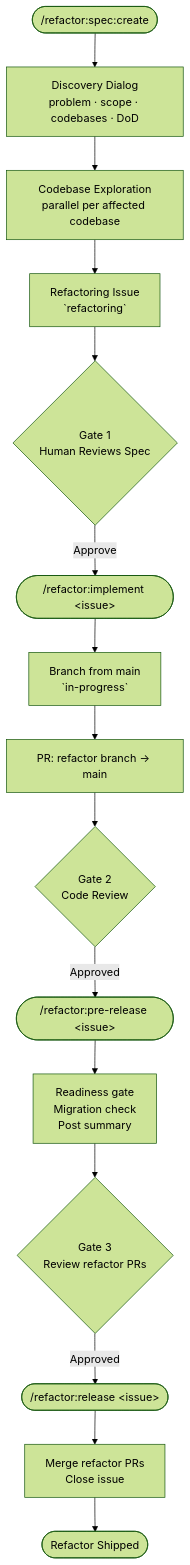
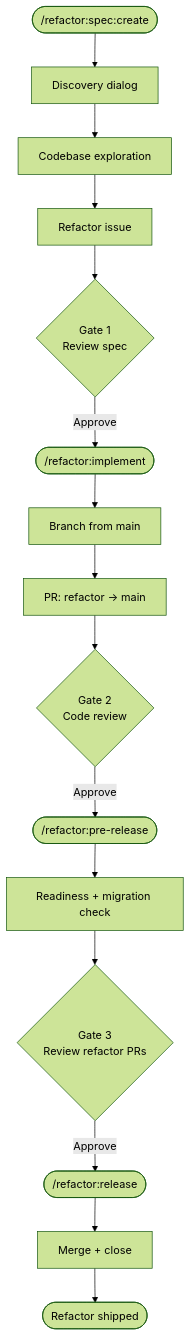
One commit to simpscal/sapiens-dtj changed the sixth of 6 diagrams in README.md. Above: the diagram before and after it, drawn with Mermaid (forest theme). The commit also changed other lines of this file and 46 other files, not shown here.

````diff
--- a/README.md
+++ b/README.md
@@ -315,17 +243,17 @@
 ```mermaid
 flowchart TD
-    A(["/refactor:spec:create"]) --> B["Discovery Dialog\nproblem · scope · codebases · DoD"]
-    B --> C["Codebase Exploration\nparallel per affected codebase"]
-    C --> D["Refactoring Issue\n`refactoring`"]
-    D --> G1{Gate 1\nHuman Reviews Spec}
-    G1 -->|Approve| H(["/refactor:implement &lt;issue&gt;"])
-    H --> I["Branch from main\n`in-progress`"]
-    I --> J["PR: refactor branch → main"]
-    J --> G2{Gate 2\nCode Review}
-    G2 -->|Approved| PRE(["/refactor:pre-release &lt;issue&gt;"])
-    PRE --> PRE1["Readiness gate\nMigration check\nPost summary"]
+    A(["/refactor:spec:create"]) --> B["Discovery dialog"]
+    B --> C["Codebase exploration"]
+    C --> D["Refactor issue"]
+    D --> G1{Gate 1\nReview spec}
+    G1 -->|Approve| H(["/refactor:implement"])
+    H --> I["Branch from main"]
+    I --> J["PR: refactor → main"]
+    J --> G2{Gate 2\nCode review}
+    G2 -->|Approve| PRE(["/refactor:pre-release"])
+    PRE --> PRE1["Readiness + migration check"]
     PRE1 --> G3{Gate 3\nReview refactor PRs}
-    G3 -->|Approved| REL(["/refactor:release &lt;issue&gt;"])
-    REL --> REL1["Merge refactor PRs\nClose issue"]
-    REL1 --> L([Refactor Shipped])
+    G3 -->|Approve| REL(["/refactor:release"])
+    REL --> REL1["Merge + close"]
+    REL1 --> L([Refactor shipped])
 ```
````
